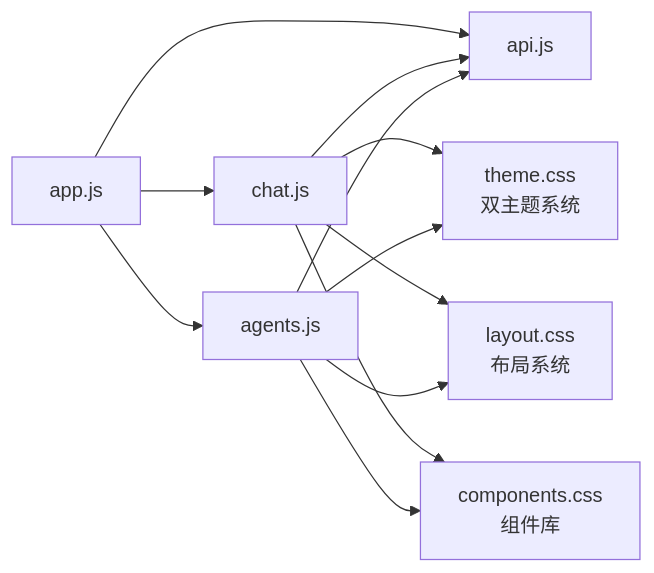
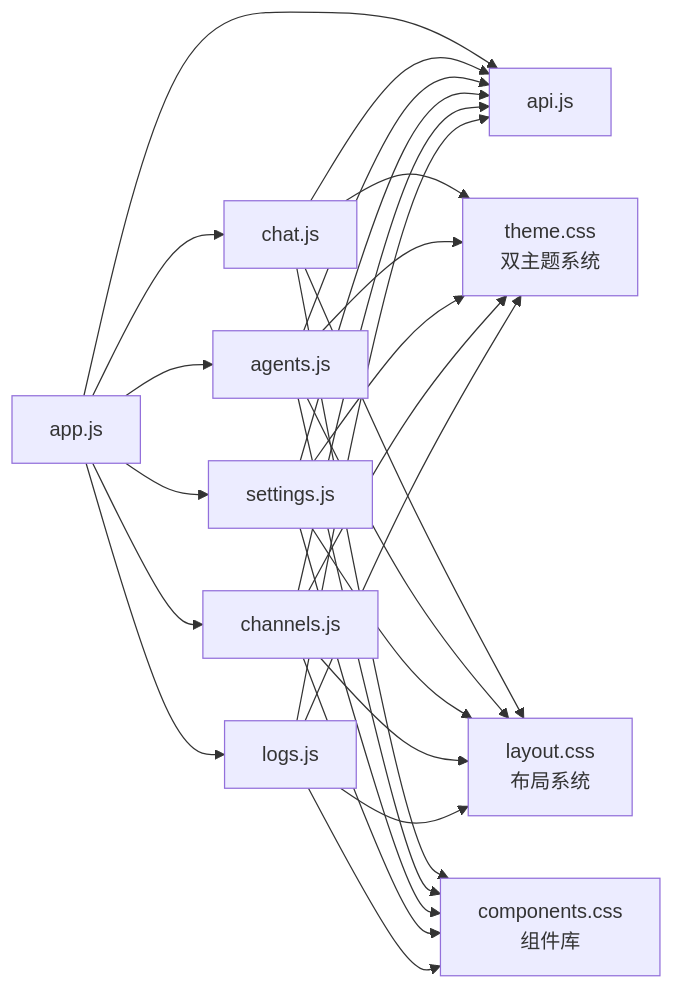
Before and after one commit to hexiaowen-bot/openfang: the fourth of 4 diagrams in .qoder/repowiki/zh/content/核心模块详解/API 服务器 (openfang-api)/Web 聊天界面.md, drawn with Mermaid. The commit also changed other lines of this file and 65 other files, not shown here.

````diff
--- a/.qoder/repowiki/zh/content/核心模块详解/API 服务器 (openfang-api)/Web 聊天界面.md
+++ b/.qoder/repowiki/zh/content/核心模块详解/API 服务器 (openfang-api)/Web 聊天界面.md
@@ -304,14 +485,29 @@
 ```mermaid
 graph LR
 APP["app.js"] --> API["api.js"]
 APP --> CHAT["chat.js"]
 APP --> AGENTS["agents.js"]
+APP --> SETTINGS["settings.js"]
+APP --> CHANNELS["channels.js"]
+APP --> LOGS["logs.js"]
 CHAT --> API
 AGENTS --> API
+SETTINGS --> API
+CHANNELS --> API
+LOGS --> API
 CHAT --> THEME["theme.css<br/>双主题系统"]
 CHAT --> LAYOUT["layout.css<br/>布局系统"]
 CHAT --> COMP["components.css<br/>组件库"]
 AGENTS --> THEME
 AGENTS --> LAYOUT
 AGENTS --> COMP
+SETTINGS --> THEME
+SETTINGS --> LAYOUT
+SETTINGS --> COMP
+CHANNELS --> THEME
+CHANNELS --> LAYOUT
+CHANNELS --> COMP
+LOGS --> THEME
+LOGS --> LAYOUT
+LOGS --> COMP
 ```
````
